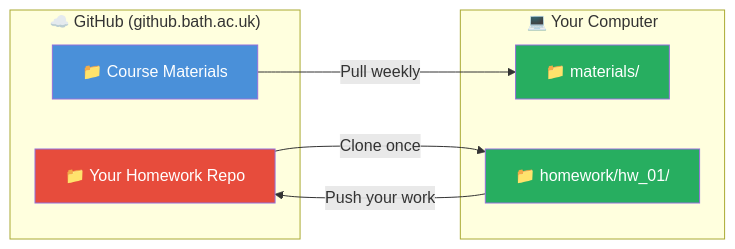
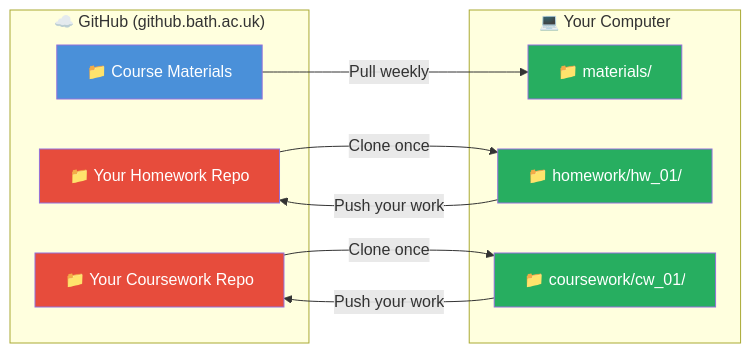
One commit to kanayai/ma22019_website changed the diagram in computing_setup/weekly_workflow.qmd. Above: the diagram before and after it, drawn with Mermaid. The commit also changed other lines of this file and 5 other files, not shown here.

````diff
--- a/computing_setup/weekly_workflow.qmd
+++ b/computing_setup/weekly_workflow.qmd
@@ -19,21 +19,27 @@
-```{mermaid}
+```mermaid
 flowchart LR
     subgraph GitHub["☁️ GitHub (github.bath.ac.uk)"]
         A["📁 Course Materials"]
         B["📁 Your Homework Repo"]
+        E["📁 Your Coursework Repo"]
     end
     
     subgraph Computer["💻 Your Computer"]
         C["📁 materials/"]
         D["📁 homework/hw_01/"]
+        F["📁 coursework/cw_01/"]
     end
     
     A -->|Pull weekly| C
     B -->|Clone once| D
     D -->|Push your work| B
+    E -->|Clone once| F
+    F -->|Push your work| E
     
     style A fill:#4a90d9,color:#fff
     style B fill:#e74c3c,color:#fff
     style C fill:#27ae60,color:#fff
     style D fill:#27ae60,color:#fff
+    style E fill:#e74c3c,color:#fff
+    style F fill:#27ae60,color:#fff
 ```
````
